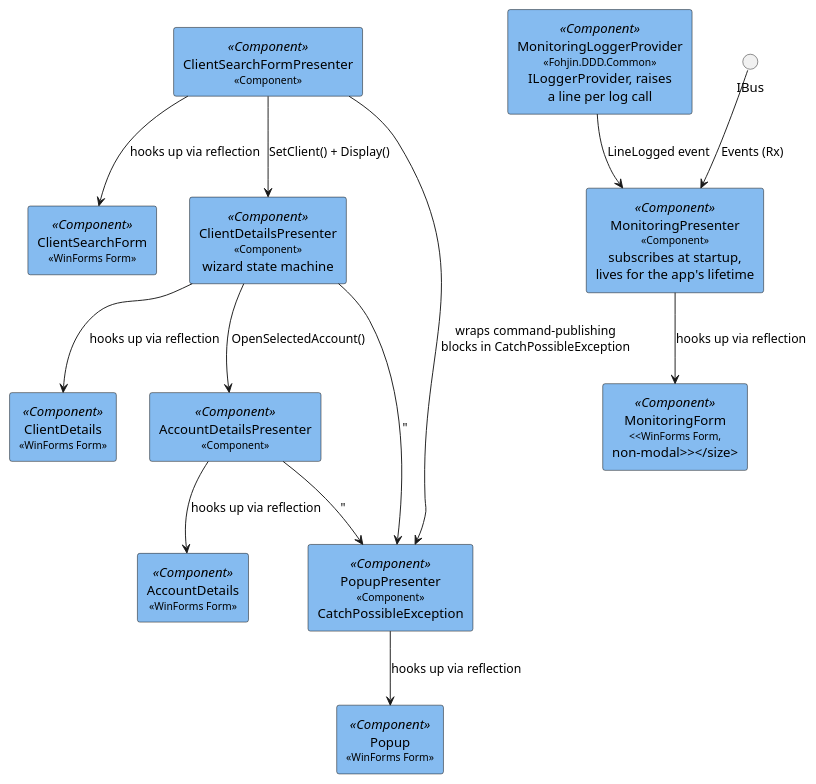
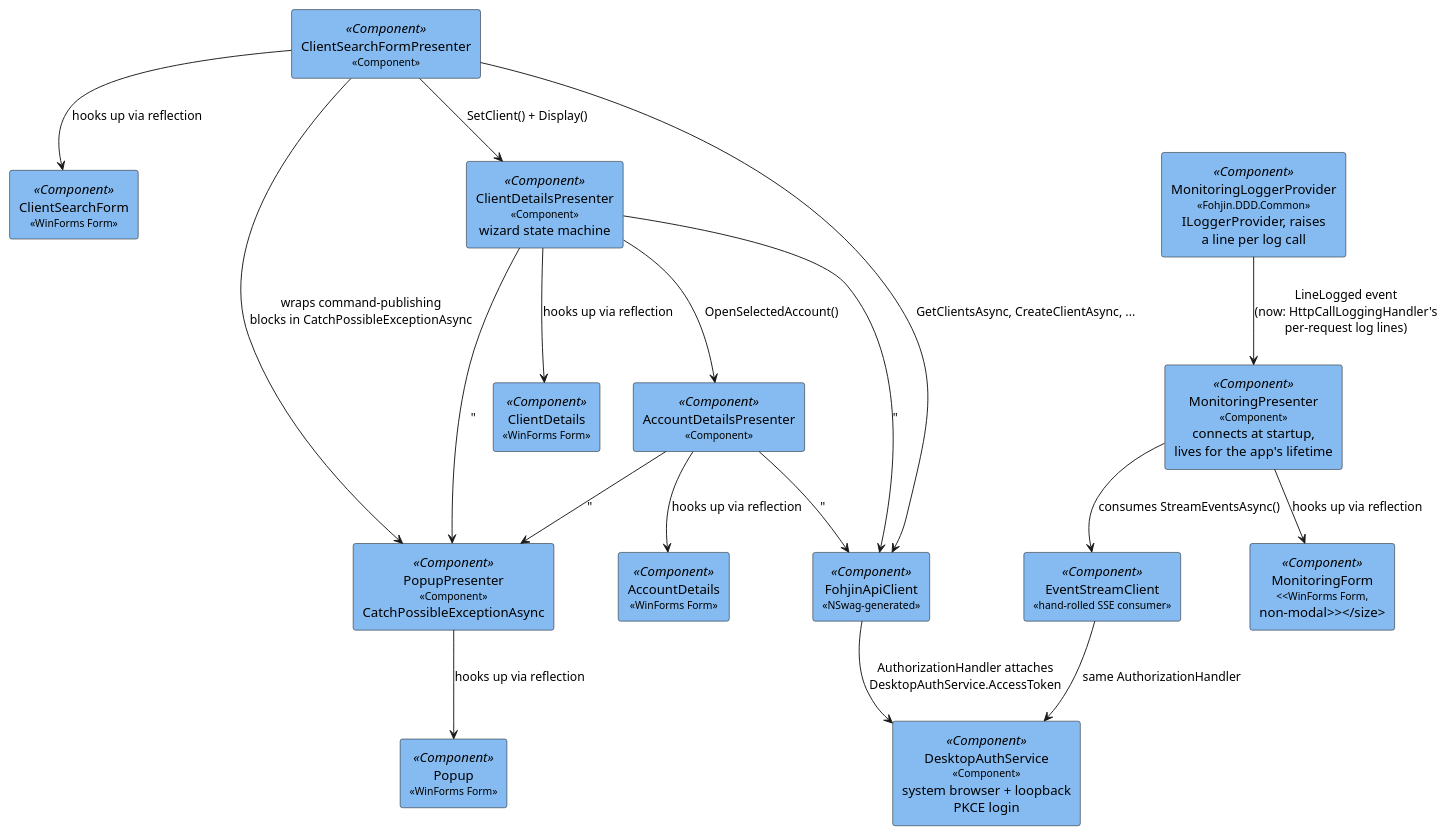
The second of 12 diagrams in docs/09-winforms-ui.md (Mwwhited-BookLearning/fohjin-cqrs), drawn with PlantUML before and after one commit. The commit also changed other lines of this file and 8 other files, not shown here.

````diff
--- a/docs/09-winforms-ui.md
+++ b/docs/09-winforms-ui.md
@@ -31,36 +55,44 @@
 ```plantuml
 @startuml
 skinparam rectangle {
   BackgroundColor<<Component>> #85bbf0
   FontColor<<Component>> black
   BorderColor black
 }
 skinparam defaultTextAlignment center
 skinparam wrapWidth 200
 
 rectangle "ClientSearchFormPresenter\n<size:11><<Component>></size>" <<Component>> as p1
 rectangle "ClientSearchForm\n<size:11><<WinForms Form>></size>" <<Component>> as v1
 rectangle "ClientDetailsPresenter\n<size:11><<Component>></size>\nwizard state machine" <<Component>> as p2
 rectangle "ClientDetails\n<size:11><<WinForms Form>></size>" <<Component>> as v2
 rectangle "AccountDetailsPresenter\n<size:11><<Component>></size>" <<Component>> as p3
 rectangle "AccountDetails\n<size:11><<WinForms Form>></size>" <<Component>> as v3
-rectangle "PopupPresenter\n<size:11><<Component>></size>\nCatchPossibleException" <<Component>> as p4
+rectangle "PopupPresenter\n<size:11><<Component>></size>\nCatchPossibleExceptionAsync" <<Component>> as p4
 rectangle "Popup\n<size:11><<WinForms Form>></size>" <<Component>> as v4
-rectangle "MonitoringPresenter\n<size:11><<Component>></size>\nsubscribes at startup,\nlives for the app's lifetime" <<Component>> as p5
+rectangle "MonitoringPresenter\n<size:11><<Component>></size>\nconnects at startup,\nlives for the app's lifetime" <<Component>> as p5
 rectangle "MonitoringForm\n<size:11><<WinForms Form,\nnon-modal>></size>" <<Component>> as v5
 rectangle "MonitoringLoggerProvider\n<size:11><<Fohjin.DDD.Common>></size>\nILoggerProvider, raises\na line per log call" <<Component>> as logProvider
+rectangle "FohjinApiClient\n<size:11><<NSwag-generated>></size>" <<Component>> as apiClient
+rectangle "EventStreamClient\n<size:11><<hand-rolled SSE consumer>></size>" <<Component>> as sse
+rectangle "DesktopAuthService\n<size:11><<Component>></size>\nsystem browser + loopback\nPKCE login" <<Component>> as auth
 
 p1 --> v1 : hooks up via reflection
 p2 --> v2 : hooks up via reflection
 p3 --> v3 : hooks up via reflection
 p4 --> v4 : hooks up via reflection
 p5 --> v5 : hooks up via reflection
 p1 --> p2 : SetClient() + Display()
 p2 --> p3 : OpenSelectedAccount()
-p1 --> p4 : wraps command-publishing\nblocks in CatchPossibleException
+p1 --> p4 : wraps command-publishing\nblocks in CatchPossibleExceptionAsync
 p2 --> p4 : "
 p3 --> p4 : "
-logProvider --> p5 : LineLogged event
-"IBus" --> p5 : Events (Rx)
+logProvider --> p5 : LineLogged event\n(now: HttpCallLoggingHandler's\nper-request log lines)
+p5 --> sse : consumes StreamEventsAsync()
+p1 --> apiClient : GetClientsAsync, CreateClientAsync, ...
+p2 --> apiClient : "
+p3 --> apiClient : "
+apiClient --> auth : AuthorizationHandler attaches\nDesktopAuthService.AccessToken
+sse --> auth : same AuthorizationHandler
 @enduml
 ```
````
